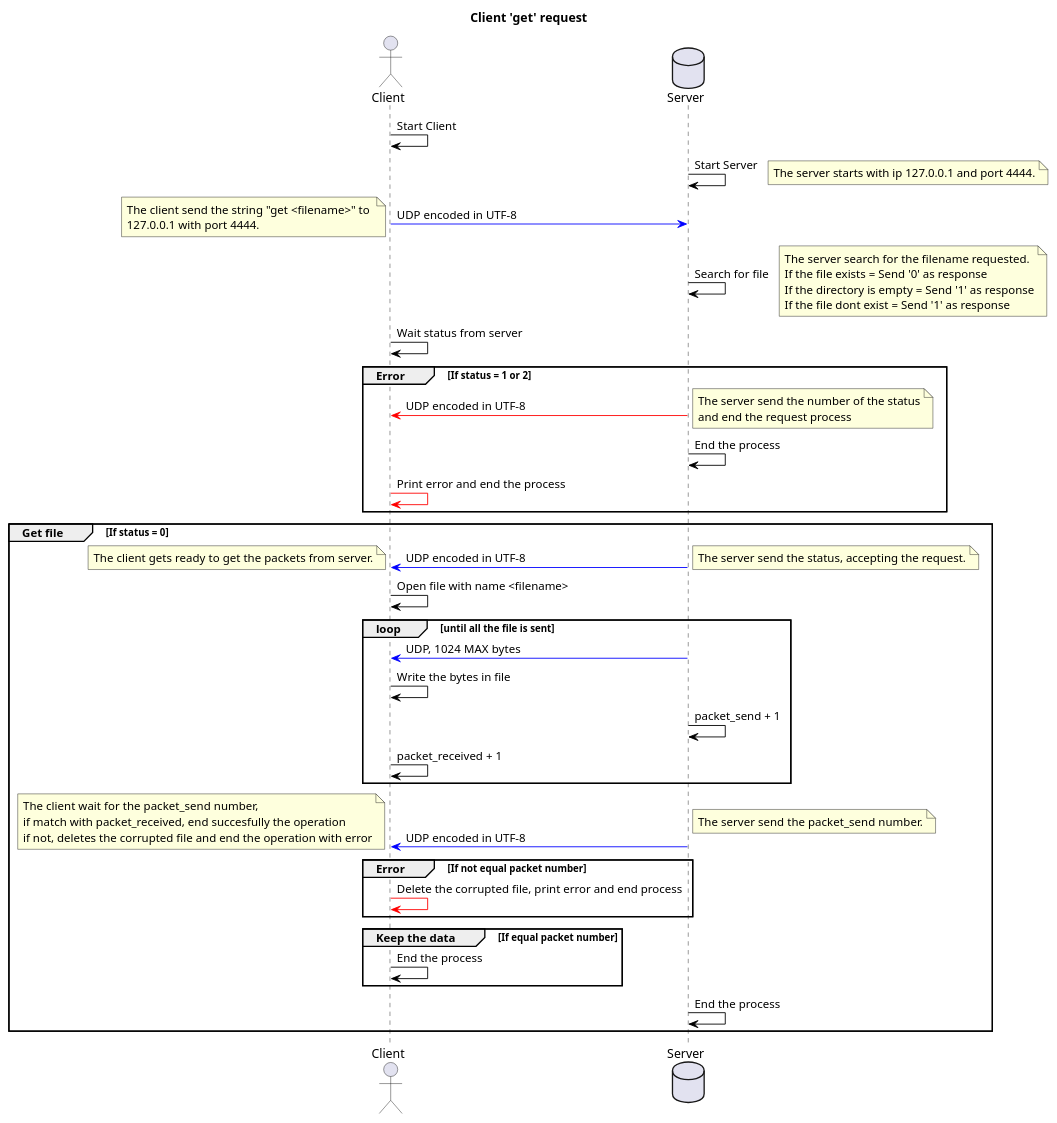
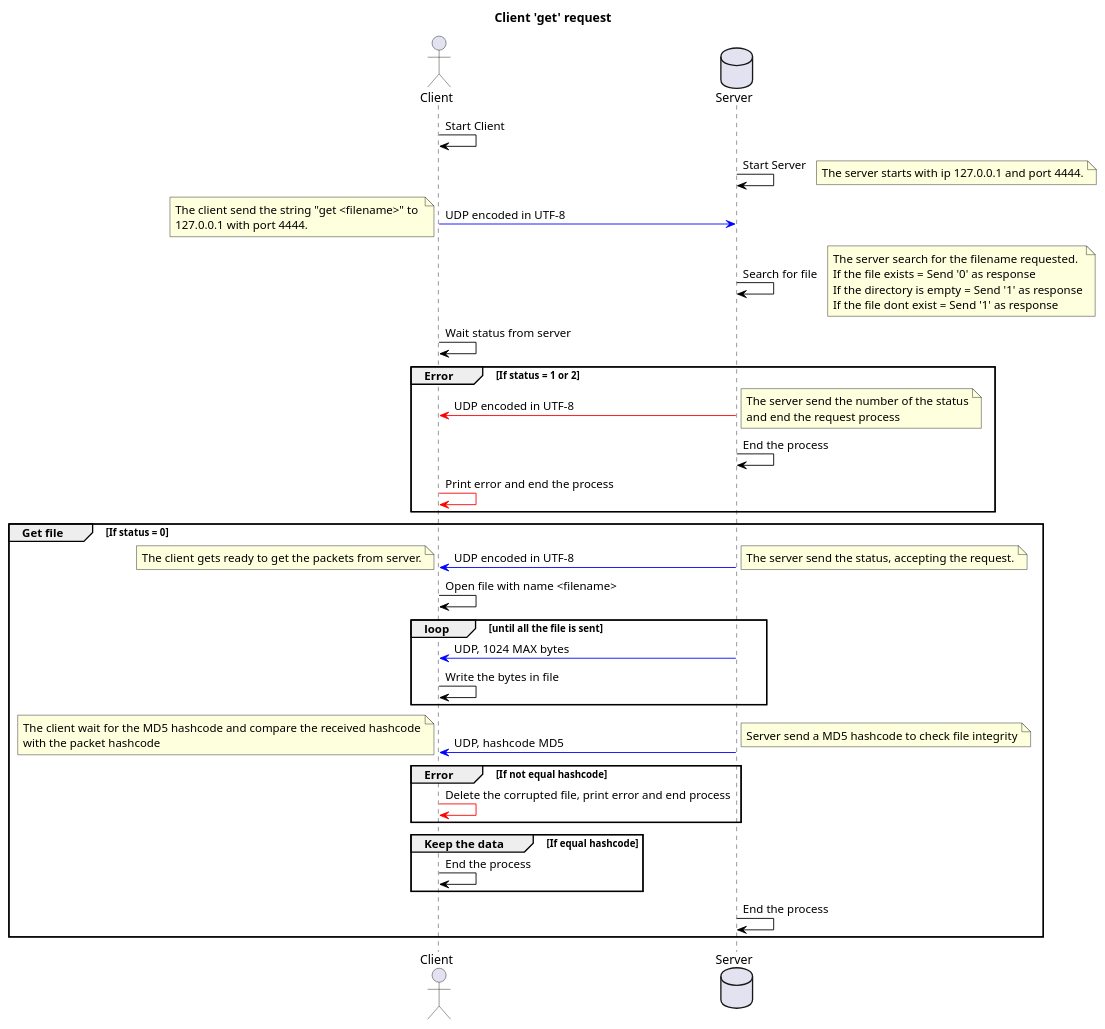
Before and after one commit to Zettaiki/Client-Server-UDP-file-transfer: the second of 3 diagrams in UML/PlantUML-code/ClientServerUML.plantuml, drawn with PlantUML. The commit also changed other lines of this file and 3 other files, not shown here.

Commit message:
Update UML and PlantUml code

```diff
--- a/UML/PlantUML-code/ClientServerUML.plantuml
+++ b/UML/PlantUML-code/ClientServerUML.plantuml
@@ -30,67 +34,64 @@
 @startuml ClientGetUML
 
 title Client 'get' request
 
 actor Client as Client
 database Server as Server
 Client -[#Black]> Client : Start Client
 Server -[#Black]> Server : Start Server
 note right
 The server starts with ip 127.0.0.1 and port 4444.
 end note
 Client -[#Blue]> Server : UDP encoded in UTF-8
 note left
 The client send the string "get <filename>" to 
 127.0.0.1 with port 4444.
 end note
 Server -[#Black]> Server : Search for file
 note right
 The server search for the filename requested.
 If the file exists = Send '0' as response
 If the directory is empty = Send '1' as response
 If the file dont exist = Send '1' as response
 end note
 Client -[#Black]> Client : Wait status from server
 group Error [If status = 1 or 2]
     Client <[#Red]- Server : UDP encoded in UTF-8
     note right
     The server send the number of the status
     and end the request process
     end note
     Server -[#Black]> Server : End the process
     Client -[#Red]> Client : Print error and end the process
 end
 group Get file [If status = 0]
     Client <[#Blue]- Server : UDP encoded in UTF-8
     note right
     The server send the status, accepting the request.
     end note
     note left
     The client gets ready to get the packets from server.
     end note
     Client -[#Black]> Client : Open file with name <filename>
     loop until all the file is sent
         Server -[#Blue]> Client : UDP, 1024 MAX bytes
         Client -[#Black]> Client : Write the bytes in file
-        Server -[#Black]> Server : packet_send + 1
-        Client -[#Black]> Client : packet_received + 1
     end
-    Server -[#Blue]> Client : UDP encoded in UTF-8
+    Server -[#Blue]> Client : UDP, hashcode MD5
     note left
-    The client wait for the packet_send number,
-    if match with packet_received, end succesfully the operation
-    if not, deletes the corrupted file and end the operation with error
+    The client wait for the MD5 hashcode and compare the received hashcode
+    with the packet hashcode
     end note
     note right
-    The server send the packet_send number.
+    Server send a MD5 hashcode to check file integrity
     end note
-    group Error [If not equal packet number]
+    group Error [If not equal hashcode]
     Client -[#Red]> Client : Delete the corrupted file, print error and end process
     end
-    group Keep the data [If equal packet number]
+    group Keep the data [If equal hashcode]
     Client -[#Black]> Client : End the process
     end
     Server -[#Black]> Server : End the process
 end
 
 @enduml
```
